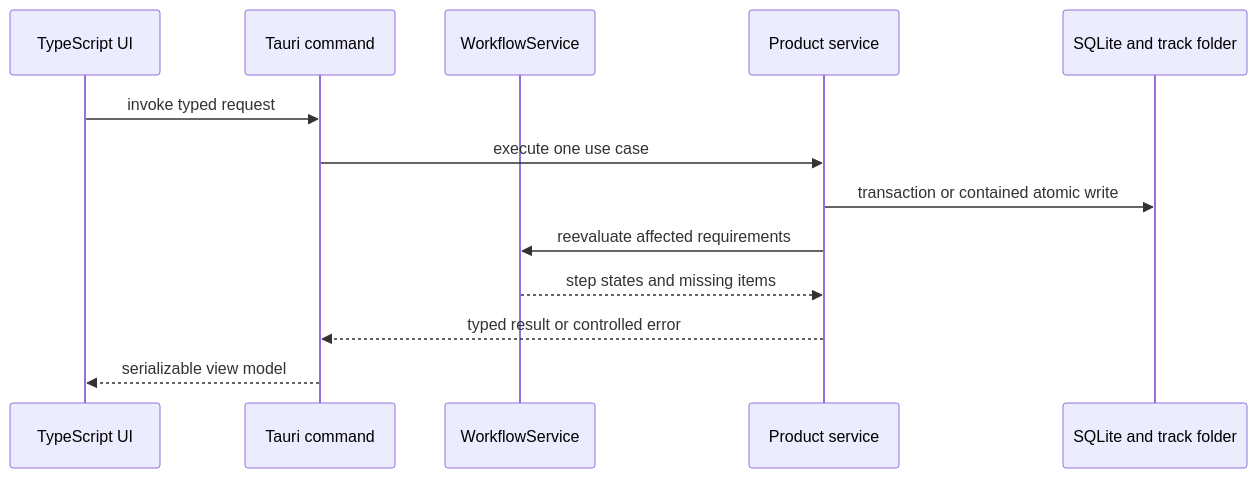
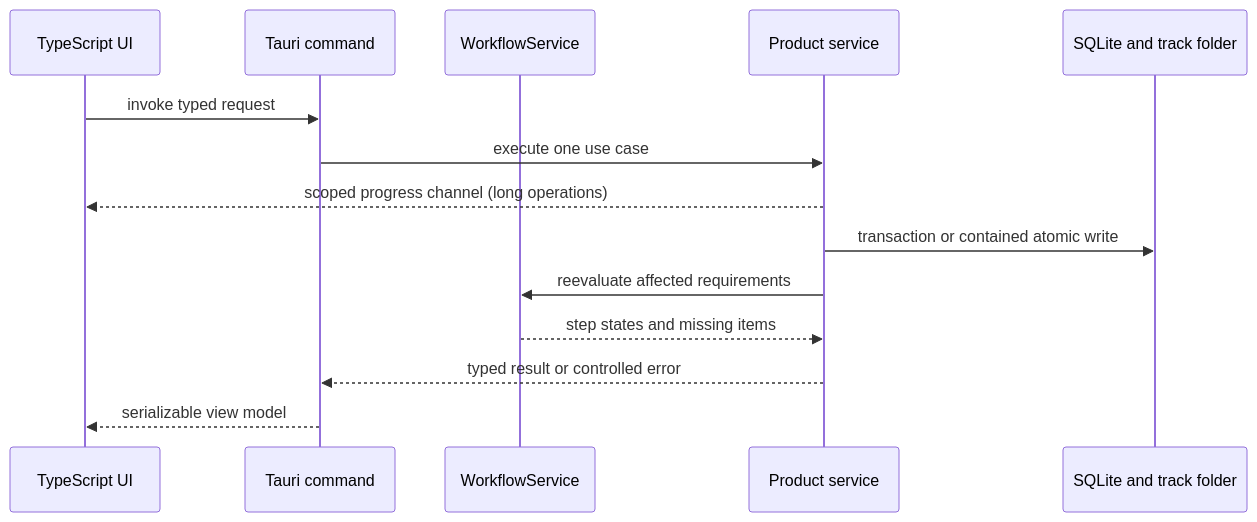
Before and after one commit to kleiveist/Suno-Documentation-Manager: the second of 2 diagrams in docs/def/product-architecture.md, drawn with Mermaid. The commit also changed other lines of this file and 17 other files, not shown here.

````diff
--- a/docs/def/product-architecture.md
+++ b/docs/def/product-architecture.md
@@ -100,16 +102,17 @@
 ```mermaid
 sequenceDiagram
     participant UI as TypeScript UI
     participant Cmd as Tauri command
     participant Flow as WorkflowService
     participant Domain as Product service
     participant Store as SQLite and track folder
 
     UI->>Cmd: invoke typed request
     Cmd->>Domain: execute one use case
+    Domain-->>UI: scoped progress channel (long operations)
     Domain->>Store: transaction or contained atomic write
     Domain->>Flow: reevaluate affected requirements
     Flow-->>Domain: step states and missing items
     Domain-->>Cmd: typed result or controlled error
     Cmd-->>UI: serializable view model
 ```
````
